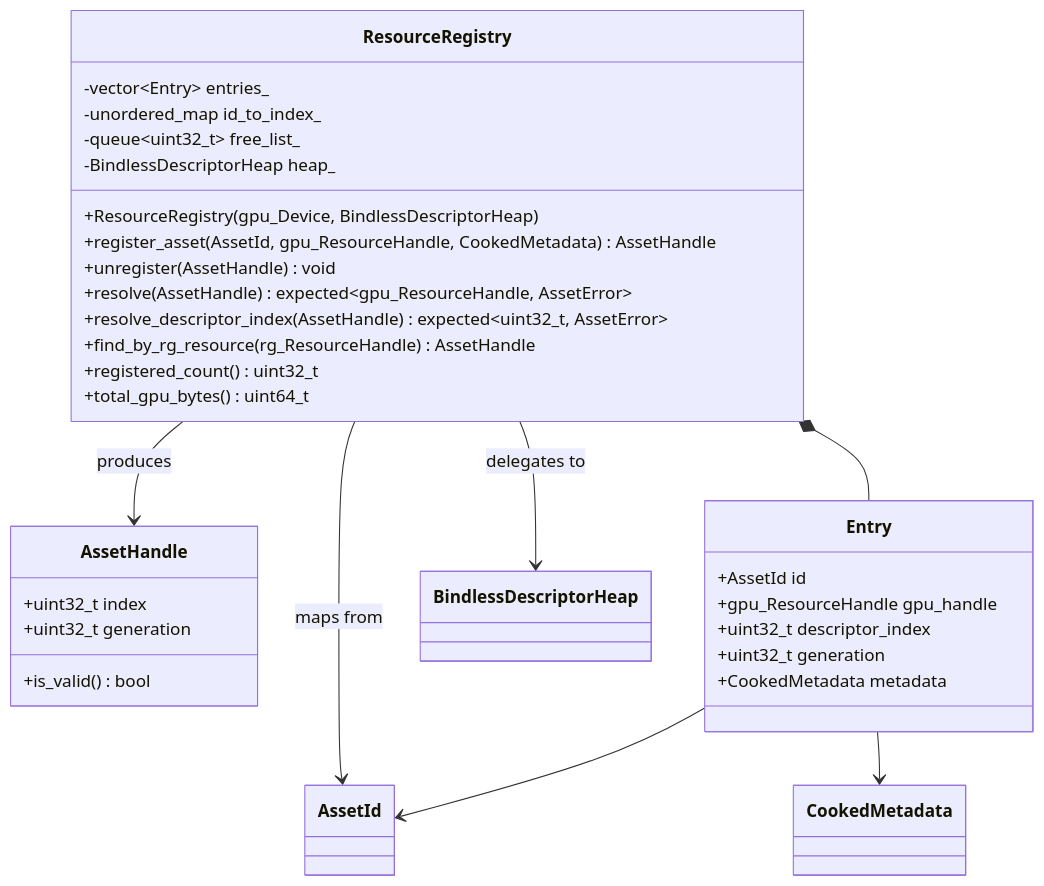
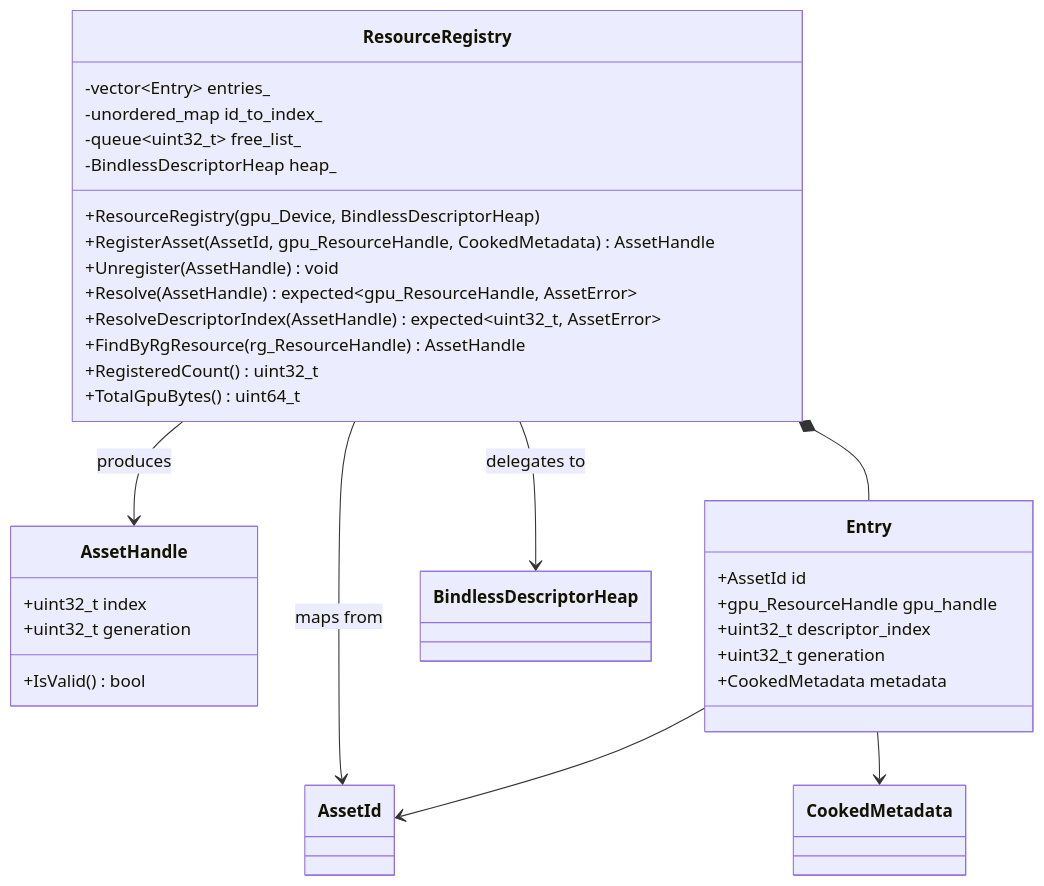
Before and after one commit to harmonius-dev/harmonius: the seventh of 12 diagrams in docs/design/asset-pipeline-classes.md, drawn with Mermaid. The commit also changed other lines of this file and 67 other files, not shown here.

````diff
--- a/docs/design/asset-pipeline-classes.md
+++ b/docs/design/asset-pipeline-classes.md
@@ -280,36 +288,36 @@
 ```mermaid
 classDiagram
     class AssetHandle {
         +uint32_t index
         +uint32_t generation
-        +is_valid() bool
+        +IsValid() bool
     }
     class ResourceRegistry {
         +ResourceRegistry(gpu_Device, BindlessDescriptorHeap)
-        +register_asset(AssetId, gpu_ResourceHandle, CookedMetadata) AssetHandle
-        +unregister(AssetHandle) void
-        +resolve(AssetHandle) expected~gpu_ResourceHandle, AssetError~
-        +resolve_descriptor_index(AssetHandle) expected~uint32_t, AssetError~
-        +find_by_rg_resource(rg_ResourceHandle) AssetHandle
-        +registered_count() uint32_t
-        +total_gpu_bytes() uint64_t
+        +RegisterAsset(AssetId, gpu_ResourceHandle, CookedMetadata) AssetHandle
+        +Unregister(AssetHandle) void
+        +Resolve(AssetHandle) expected~gpu_ResourceHandle, AssetError~
+        +ResolveDescriptorIndex(AssetHandle) expected~uint32_t, AssetError~
+        +FindByRgResource(rg_ResourceHandle) AssetHandle
+        +RegisteredCount() uint32_t
+        +TotalGpuBytes() uint64_t
         -vector~Entry~ entries_
         -unordered_map id_to_index_
         -queue~uint32_t~ free_list_
         -BindlessDescriptorHeap heap_
     }
     class Entry {
         +AssetId id
         +gpu_ResourceHandle gpu_handle
         +uint32_t descriptor_index
         +uint32_t generation
         +CookedMetadata metadata
     }
 
     ResourceRegistry *-- Entry
     ResourceRegistry --> AssetHandle : produces
     ResourceRegistry --> BindlessDescriptorHeap : delegates to
     ResourceRegistry --> AssetId : maps from
     Entry --> AssetId
     Entry --> CookedMetadata
 ```
````
